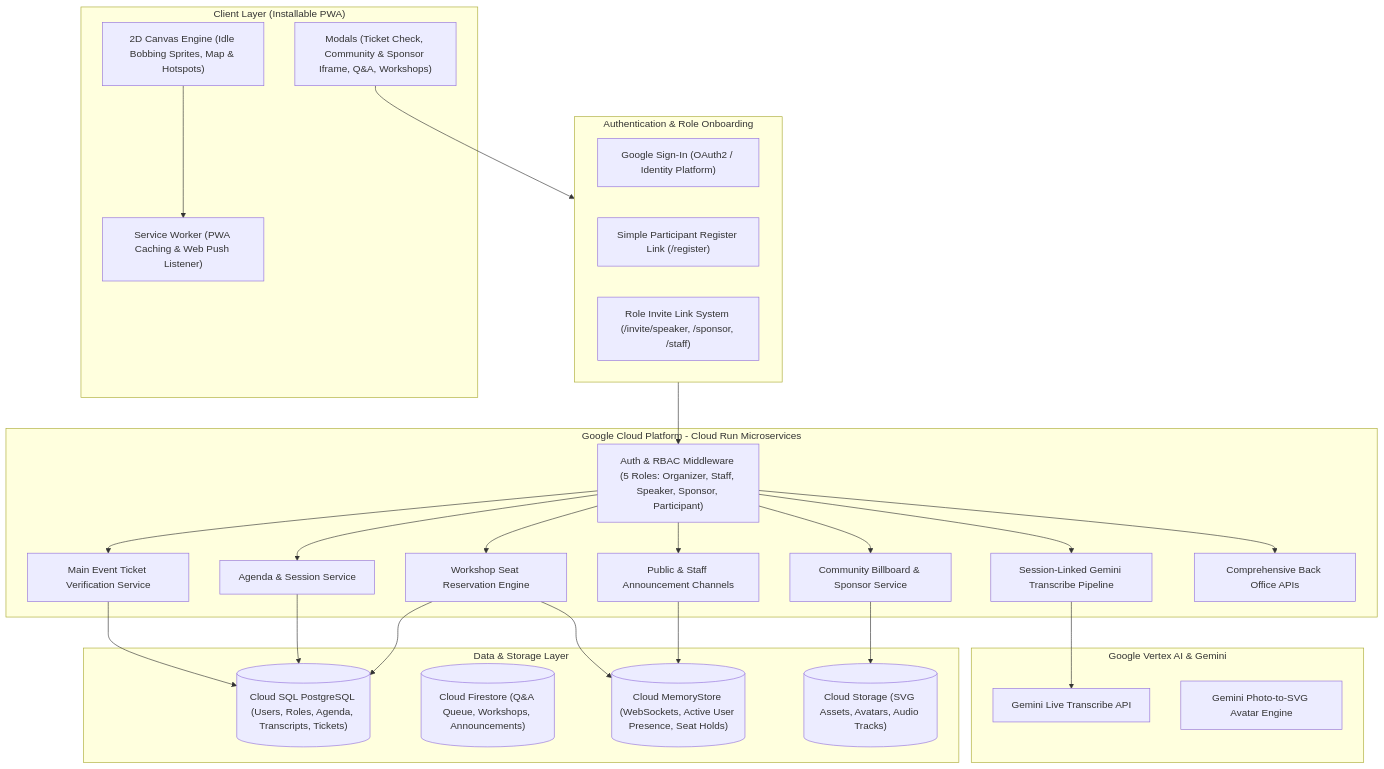
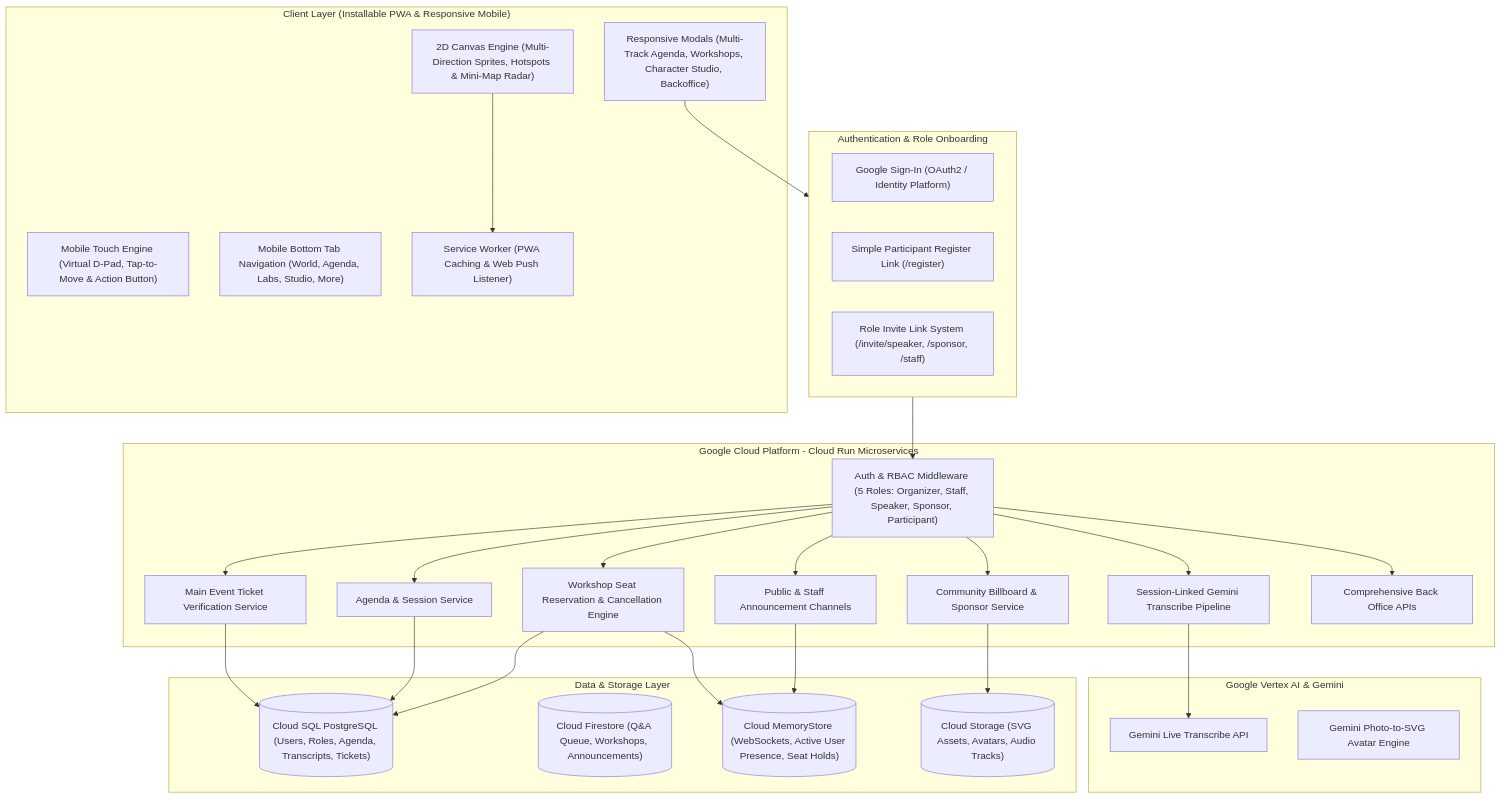
One commit to fonylew/devfestverse changed the first of 5 diagrams in architecture.md. Above: the diagram before and after it, drawn with Mermaid. The commit also changed other lines of this file and 18 other files, not shown here.

````diff
--- a/architecture.md
+++ b/architecture.md
@@ -10,57 +10,59 @@
 ```mermaid
 graph TD
-    subgraph ClientLayer ["Client Layer (Installable PWA)"]
-        Canvas2D["2D Canvas Engine (Idle Bobbing Sprites, Map & Hotspots)"]
+    subgraph ClientLayer ["Client Layer (Installable PWA & Responsive Mobile)"]
+        Canvas2D["2D Canvas Engine (Multi-Direction Sprites, Hotspots & Mini-Map Radar)"]
+        TouchControls["Mobile Touch Engine (Virtual D-Pad, Tap-to-Move & Action Button)"]
+        BottomNav["Mobile Bottom Tab Navigation (World, Agenda, Labs, Studio, More)"]
         SW["Service Worker (PWA Caching & Web Push Listener)"]
-        UI_Modals["Modals (Ticket Check, Community & Sponsor Iframe, Q&A, Workshops)"]
+        UI_Modals["Responsive Modals (Multi-Track Agenda, Workshops, Character Studio, Backoffice)"]
     end
 
     subgraph AuthLayer ["Authentication & Role Onboarding"]
         GoogleAuth["Google Sign-In (OAuth2 / Identity Platform)"]
         ParticReg["Simple Participant Register Link (/register)"]
         InviteLinks["Role Invite Link System (/invite/speaker, /sponsor, /staff)"]
     end
 
     subgraph GCPCloudRun ["Google Cloud Platform - Cloud Run Microservices"]
         AuthRBAC["Auth & RBAC Middleware (5 Roles: Organizer, Staff, Speaker, Sponsor, Participant)"]
         TicketSvc["Main Event Ticket Verification Service"]
         BillboardSvc["Community Billboard & Sponsor Service"]
-        WorkshopSvc["Workshop Seat Reservation Engine"]
+        WorkshopSvc["Workshop Seat Reservation & Cancellation Engine"]
         SessionSvc["Agenda & Session Service"]
         TranscribeSvc["Session-Linked Gemini Transcribe Pipeline"]
         AnnounceSvc["Public & Staff Announcement Channels"]
         BackofficeAPIs["Comprehensive Back Office APIs"]
     end
 
     subgraph AIIntegrations ["Google Vertex AI & Gemini"]
         GeminiTranscribe["Gemini Live Transcribe API"]
         GeminiAvatar["Gemini Photo-to-SVG Avatar Engine"]
     end
 
     subgraph DataStorage ["Data & Storage Layer"]
         CloudSQL[("Cloud SQL PostgreSQL (Users, Roles, Agenda, Transcripts, Tickets)")]
         Firestore[("Cloud Firestore (Q&A Queue, Workshops, Announcements)")]
         Redis[("Cloud MemoryStore (WebSockets, Active User Presence, Seat Holds)")]
         GCS[("Cloud Storage (SVG Assets, Avatars, Audio Tracks)")]
     end
 
     Canvas2D --> SW
     UI_Modals --> AuthLayer
     AuthLayer --> AuthRBAC
 
     AuthRBAC --> TicketSvc
     AuthRBAC --> BillboardSvc
     AuthRBAC --> WorkshopSvc
     AuthRBAC --> SessionSvc
     AuthRBAC --> TranscribeSvc
     AuthRBAC --> AnnounceSvc
     AuthRBAC --> BackofficeAPIs
 
     TranscribeSvc --> GeminiTranscribe
     TicketSvc --> CloudSQL
     SessionSvc --> CloudSQL
     WorkshopSvc --> Redis
     WorkshopSvc --> CloudSQL
     BillboardSvc --> GCS
     AnnounceSvc --> Redis
 ```
````
